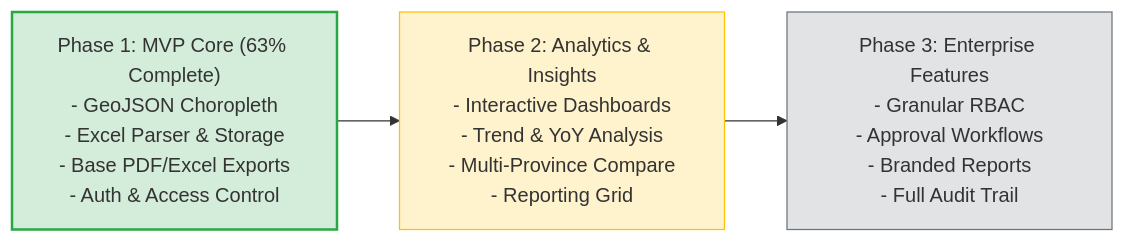
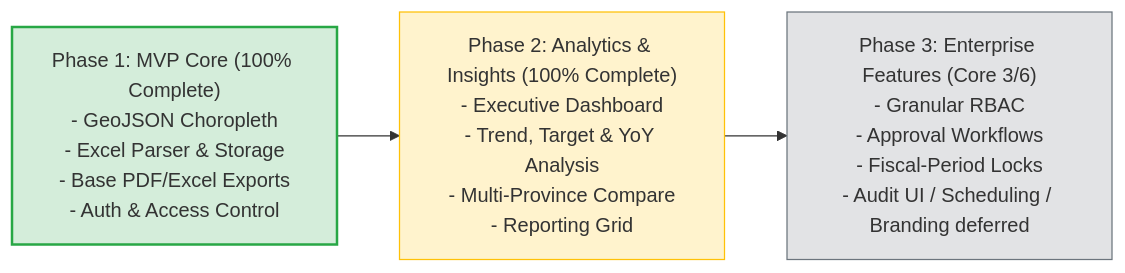
The diagram in docs/ROADMAP.md (noah-isme/petakeu), drawn with Mermaid before and after one commit. The commit also changed other lines of this file and 52 other files, not shown here.

Commit message:
feat: add analytics governance and observability roadmap

````diff
--- a/docs/ROADMAP.md
+++ b/docs/ROADMAP.md
@@ -26,12 +26,12 @@
 ```mermaid
 flowchart LR
-    P1["Phase 1: MVP Core (63% Complete)\n- GeoJSON Choropleth\n- Excel Parser & Storage\n- Base PDF/Excel Exports\n- Auth & Access Control"]
-    P2["Phase 2: Analytics & Insights\n- Interactive Dashboards\n- Trend & YoY Analysis\n- Multi-Province Compare\n- Reporting Grid"]
-    P3["Phase 3: Enterprise Features\n- Granular RBAC\n- Approval Workflows\n- Branded Reports\n- Full Audit Trail"]
+    P1["Phase 1: MVP Core (100% Complete)\n- GeoJSON Choropleth\n- Excel Parser & Storage\n- Base PDF/Excel Exports\n- Auth & Access Control"]
+    P2["Phase 2: Analytics & Insights (100% Complete)\n- Executive Dashboard\n- Trend, Target & YoY Analysis\n- Multi-Province Compare\n- Reporting Grid"]
+    P3["Phase 3: Enterprise Features (Core 3/6)\n- Granular RBAC\n- Approval Workflows\n- Fiscal-Period Locks\n- Audit UI / Scheduling / Branding deferred"]
     
     P1 --> P2 --> P3
     
     style P1 fill:#d4edda,stroke:#28a745,stroke-width:2px
     style P2 fill:#fff3cd,stroke:#ffc107,stroke-width:1px
     style P3 fill:#e2e3e5,stroke:#6c757d,stroke-width:1px
 ```
````
